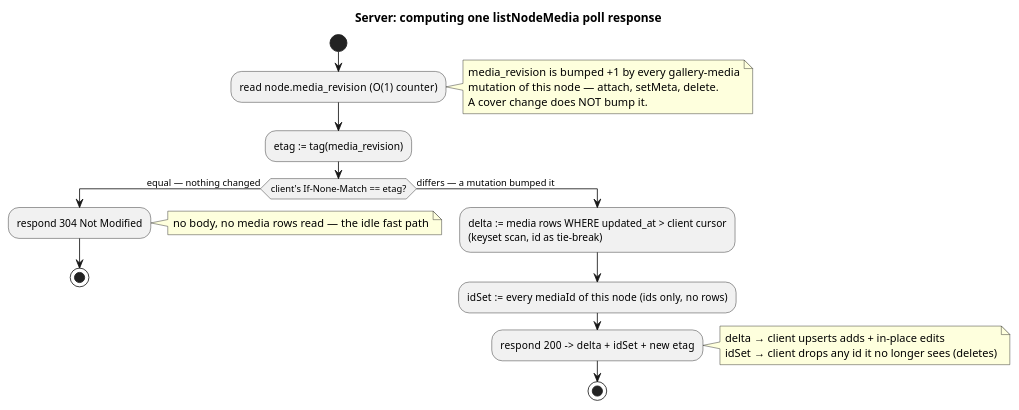
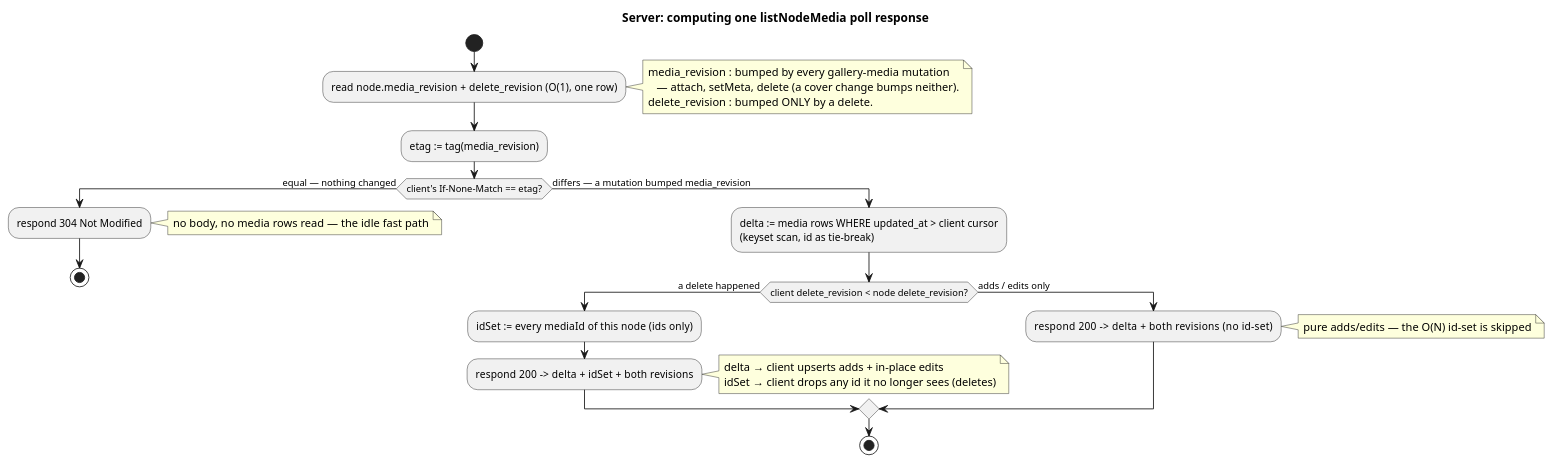
One commit to raddatzk/veyq-no-e2ee changed the diagram in docs/decisions/0033-live-media-updates-revision-polling.md. Above: the diagram before and after it, drawn with PlantUML. The commit also changed other lines of this file and 2 other files, not shown here.

First line of the commit message:
docs(memory): gate the delete-reconcile id-set behind a delete_revision counter

````diff
--- a/docs/decisions/0033-live-media-updates-revision-polling.md
+++ b/docs/decisions/0033-live-media-updates-revision-polling.md
@@ -61,28 +67,35 @@
 ```plantuml
 @startuml
 title Server: computing one listNodeMedia poll response
 skinparam shadowing false
 start
-:read node.media_revision   (O(1) counter);
+:read node.media_revision + delete_revision   (O(1), one row);
 note right
-  media_revision is bumped +1 by every gallery-media
-  mutation of this node — attach, setMeta, delete.
-  A cover change does NOT bump it.
+  media_revision : bumped by every gallery-media mutation
+     — attach, setMeta, delete (a cover change bumps neither).
+  delete_revision : bumped ONLY by a delete.
 end note
 :etag := tag(media_revision);
 if (client's If-None-Match == etag?) then (equal — nothing changed)
   :respond 304 Not Modified;
   note right: no body, no media rows read — the idle fast path
   stop
-else (differs — a mutation bumped it)
+else (differs — a mutation bumped media_revision)
   :delta := media rows WHERE updated_at > client cursor\n(keyset scan, id as tie-break);
-  :idSet := every mediaId of this node   (ids only, no rows);
-  :respond 200  ->  delta + idSet + new etag;
-  note right
-    delta → client upserts adds + in-place edits
-    idSet → client drops any id it no longer sees (deletes)
-  end note
+  if (client delete_revision < node delete_revision?) then (a delete happened)
+    :idSet := every mediaId of this node   (ids only);
+    :respond 200  ->  delta + idSet + both revisions;
+    note right
+      delta → client upserts adds + in-place edits
+      idSet → client drops any id it no longer sees (deletes)
+    end note
+  else (adds / edits only)
+    :respond 200  ->  delta + both revisions   (no id-set);
+    note right
+      pure adds/edits — the O(N) id-set is skipped
+    end note
+  endif
   stop
 endif
 @enduml
 ```
````
